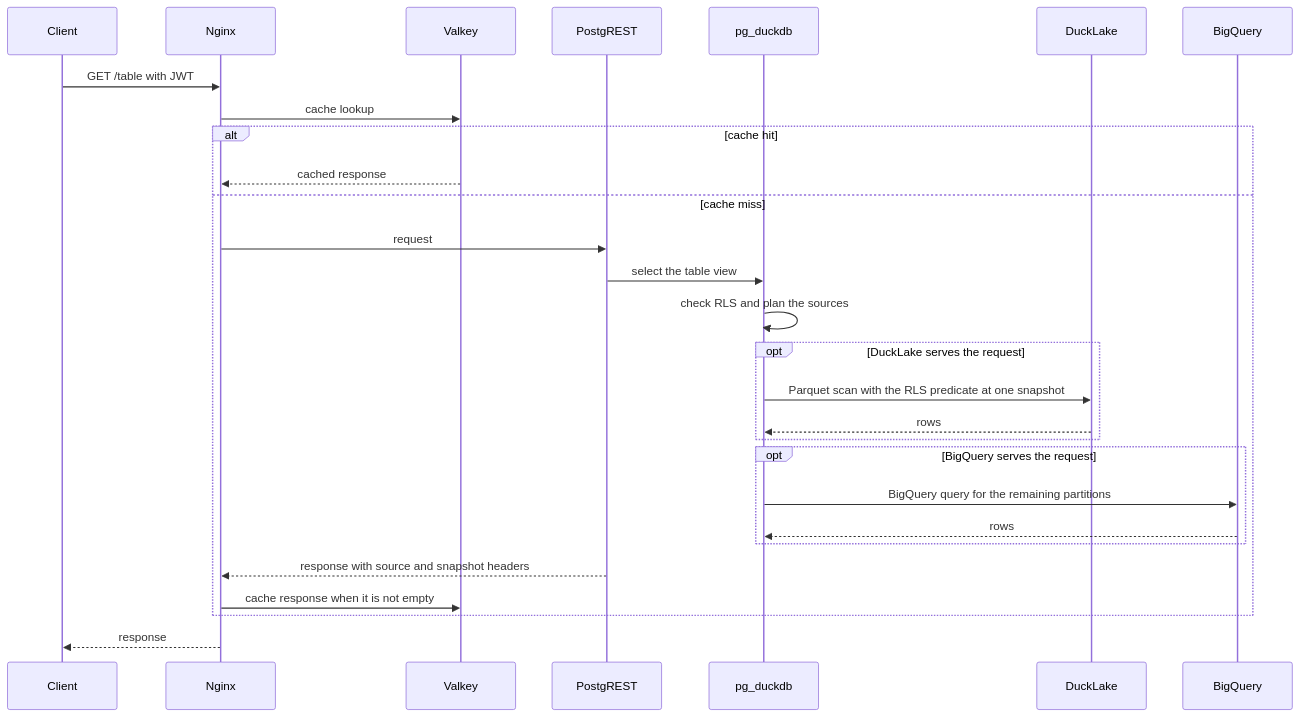
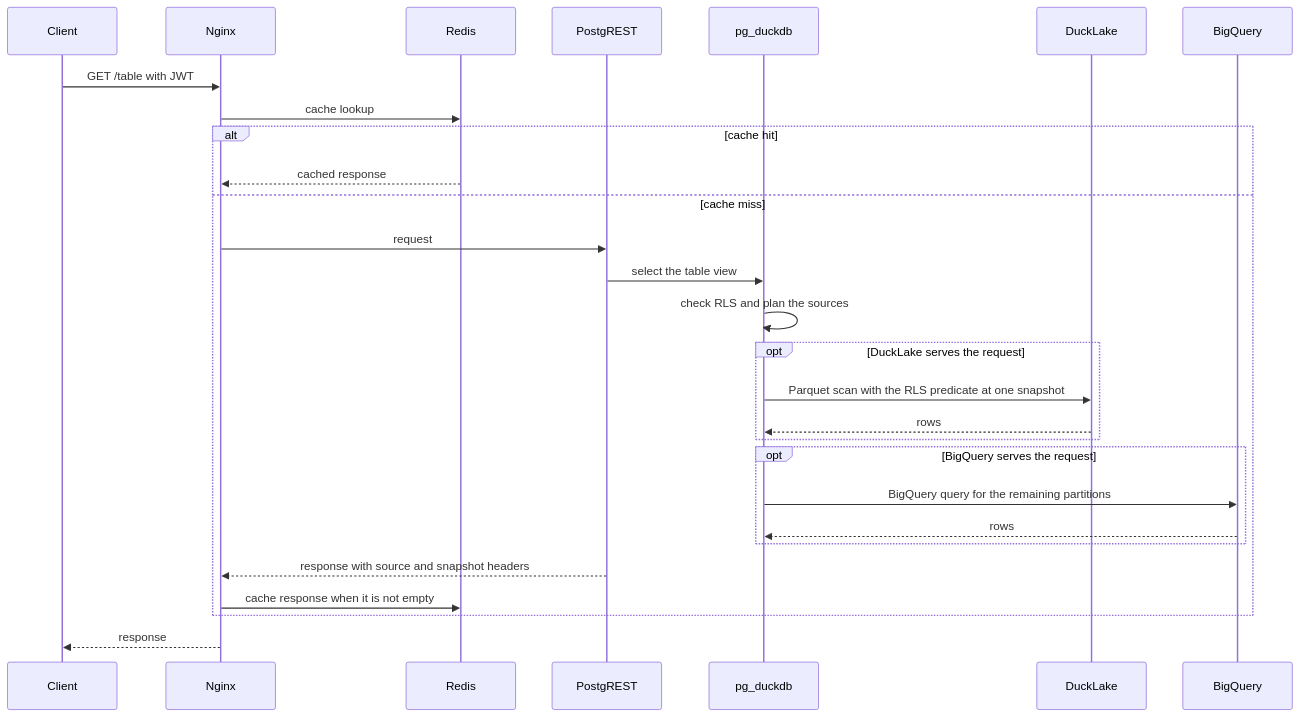
The second of 2 diagrams in docs/architecture.md (prefeitura-rio/data-proxy), drawn with Mermaid before and after one commit. The commit also changed other lines of this file and 9 other files, not shown here.

````diff
--- a/docs/architecture.md
+++ b/docs/architecture.md
@@ -114,31 +114,31 @@
 ```mermaid
 sequenceDiagram
     participant C as Client
     participant N as Nginx
-    participant V as Valkey
+    participant V as Redis
     participant API as PostgREST
     participant PG as pg_duckdb
     participant DL as DuckLake
     participant BQ as BigQuery
 
     C->>N: GET /table with JWT
     N->>V: cache lookup
     alt cache hit
         V-->>N: cached response
     else cache miss
         N->>API: request
         API->>PG: select the table view
         PG->>PG: check RLS and plan the sources
         opt DuckLake serves the request
             PG->>DL: Parquet scan with the RLS predicate at one snapshot
             DL-->>PG: rows
         end
         opt BigQuery serves the request
             PG->>BQ: BigQuery query for the remaining partitions
             BQ-->>PG: rows
         end
         API-->>N: response with source and snapshot headers
         N->>V: cache response when it is not empty
     end
     N-->>C: response
 ```
````
